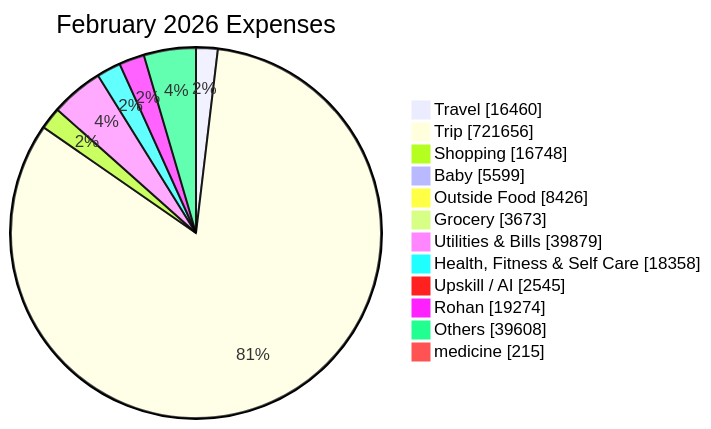
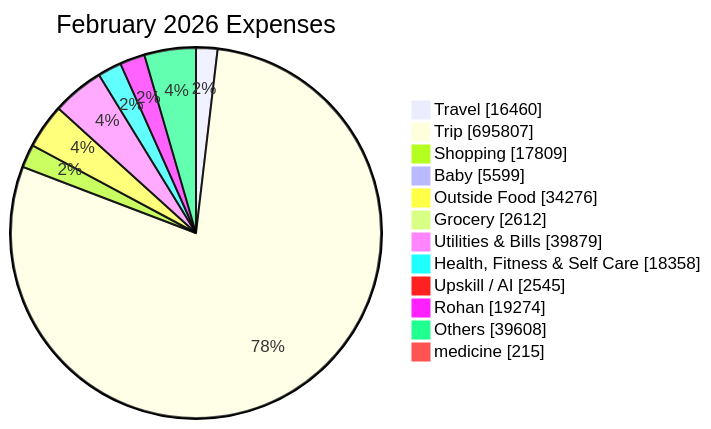
Before and after one commit to sachin-hg/expense-reporter: the second of 2 diagrams in reports/2026-02.md, drawn with Mermaid. The commit also changed other lines of this file and 7 other files, not shown here.

````diff
--- a/reports/2026-02.md
+++ b/reports/2026-02.md
@@ -42,16 +44,16 @@
 ```mermaid
 pie showData
     title February 2026 Expenses
     "Travel" : 16460
-    "Trip" : 721656
-    "Shopping" : 16748
+    "Trip" : 695807
+    "Shopping" : 17809
     "Baby" : 5599
-    "Outside Food" : 8426
-    "Grocery" : 3673
+    "Outside Food" : 34276
+    "Grocery" : 2612
     "Utilities & Bills" : 39879
     "Health, Fitness & Self Care" : 18358
     "Upskill / AI" : 2545
     "Rohan" : 19274
     "Others" : 39608
     "medicine" : 215
 ```
````
